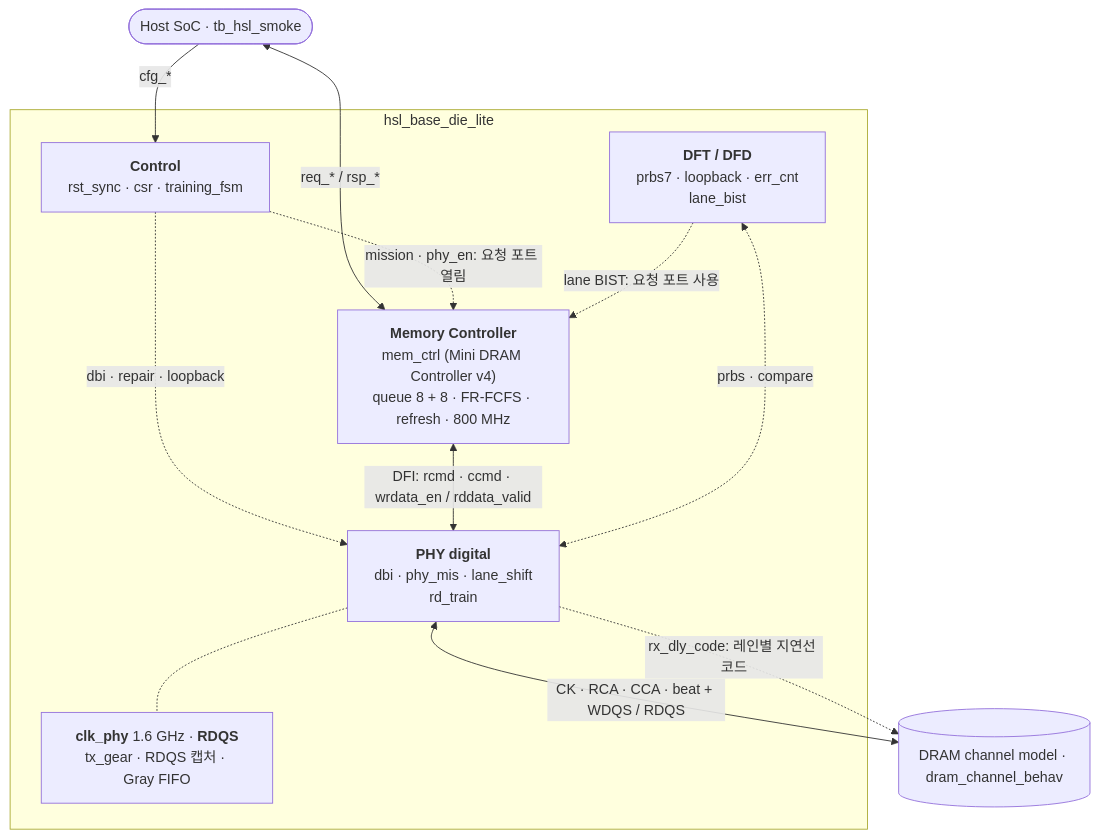
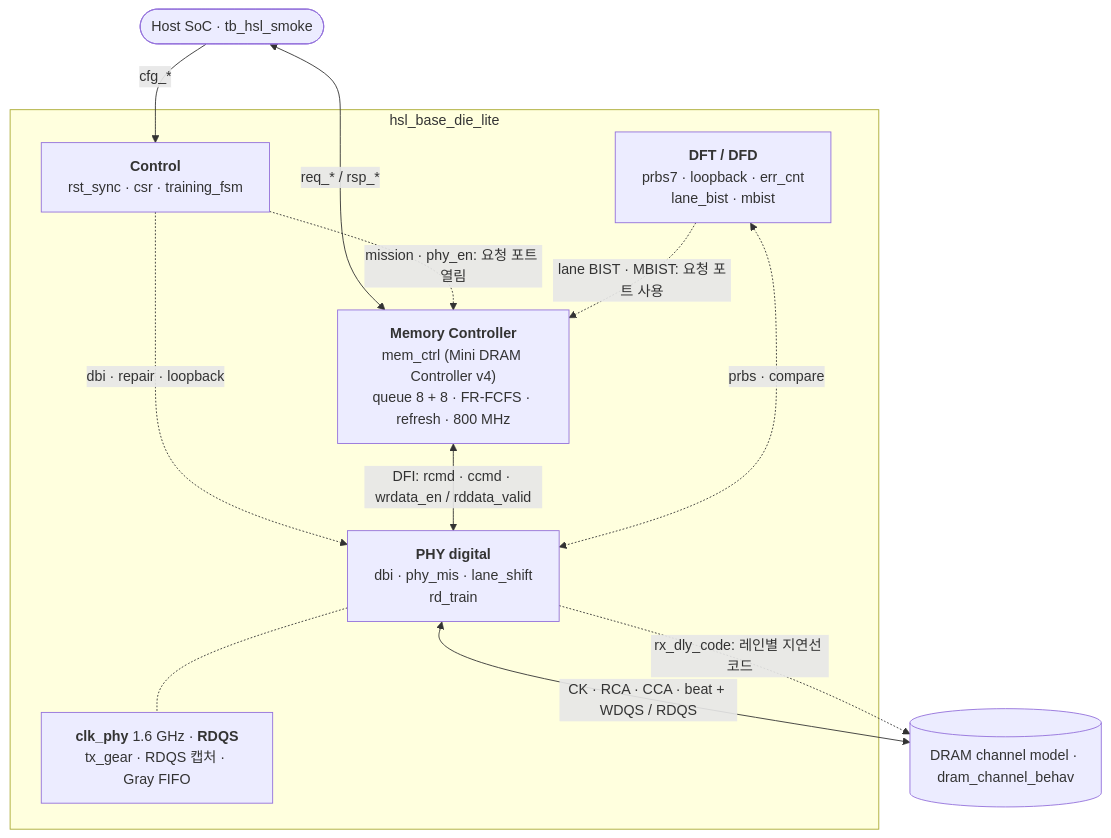
Before and after one commit to yhkwon-git/High_Speed_Link_Lite: the diagram in README.md, drawn with Mermaid. The commit also changed other lines of this file and 3 other files, not shown here.

````diff
--- a/README.md
+++ b/README.md
@@ -56,22 +56,22 @@
 ```mermaid
 flowchart TB
   HOST(["Host SoC · tb_hsl_smoke"])
   subgraph TOP["hsl_base_die_lite"]
     CTRL["<b>Control</b><br/>rst_sync · csr · training_fsm"]
     MC["<b>Memory Controller</b><br/>mem_ctrl (Mini DRAM Controller v4)<br/>queue 8 + 8 · FR-FCFS · refresh · 800 MHz"]
     PHY["<b>PHY digital</b><br/>dbi · phy_mis · lane_shift<br/>rd_train"]
-    DFT["<b>DFT / DFD</b><br/>prbs7 · loopback · err_cnt<br/>lane_bist"]
+    DFT["<b>DFT / DFD</b><br/>prbs7 · loopback · err_cnt<br/>lane_bist · mbist"]
     CDC["<b>clk_phy</b> 1.6 GHz · <b>RDQS</b><br/>tx_gear · RDQS 캡처 · Gray FIFO"]
   end
   DRAM[("DRAM channel model · dram_channel_behav")]
   HOST -->|"cfg_*"| CTRL
   HOST <-->|"req_* / rsp_*"| MC
   CTRL -.->|"mission · phy_en: 요청 포트 열림"| MC
   CTRL -.->|"dbi · repair · loopback"| PHY
   MC <-->|"DFI: rcmd · ccmd · wrdata_en / rddata_valid"| PHY
   DFT <-.->|"prbs · compare"| PHY
-  DFT -.->|"lane BIST: 요청 포트 사용"| MC
+  DFT -.->|"lane BIST · MBIST: 요청 포트 사용"| MC
   PHY -.- CDC
   PHY <-->|"CK · RCA · CCA · beat + WDQS / RDQS"| DRAM
   PHY -.->|"rx_dly_code: 레인별 지연선 코드"| DRAM
 ```
````
